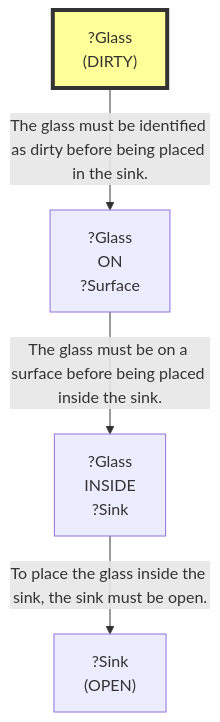
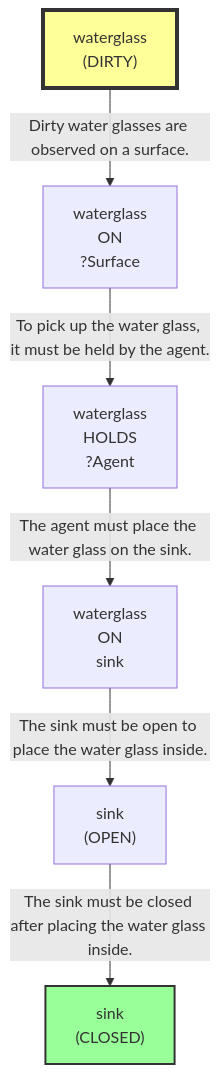
Before and after one commit to scuama/virtualhome: the fifth of 10 diagrams in evaluation/results/table4/_raw/qwen/run_T4_qwen_M1_03.md, drawn with Mermaid. The commit also changed other lines of this file and 368 other files, not shown here.

````diff
--- a/evaluation/results/table4/_raw/qwen/run_T4_qwen_M1_03.md
+++ b/evaluation/results/table4/_raw/qwen/run_T4_qwen_M1_03.md
@@ -497,11 +434,16 @@
 ```mermaid
 graph TD
-    N1["?Glass<br>(DIRTY)"]
+    N1["waterglass<br>(DIRTY)"]
     style N1 fill:#ff9,stroke:#333,stroke-width:4px
-    N2["?Glass<br>ON<br>?Surface"]
-    N3["?Glass<br>INSIDE<br>?Sink"]
-    N4["?Sink<br>(OPEN)"]
-    N3 -->|"To place the glass inside the sink, the sink must be open."| N4
-    N2 -->|"The glass must be on a surface before being placed inside the sink."| N3
-    N1 -->|"The glass must be identified as dirty before being placed in the sink."| N2
+    N2["waterglass<br>ON<br>?Surface"]
+    N3["waterglass<br>HOLDS<br>?Agent"]
+    N4["waterglass<br>ON<br>sink"]
+    N5["sink<br>(OPEN)"]
+    N6["sink<br>(CLOSED)"]
+    style N6 fill:#9f9,stroke:#333,stroke-width:2px
+    N1 -->|"Dirty water glasses are observed on a surface."| N2
+    N2 -->|"To pick up the water glass, it must be held by the agent."| N3
+    N3 -->|"The agent must place the water glass on the sink."| N4
+    N4 -->|"The sink must be open to place the water glass inside."| N5
+    N5 -->|"The sink must be closed after placing the water glass inside."| N6
 ```
````
